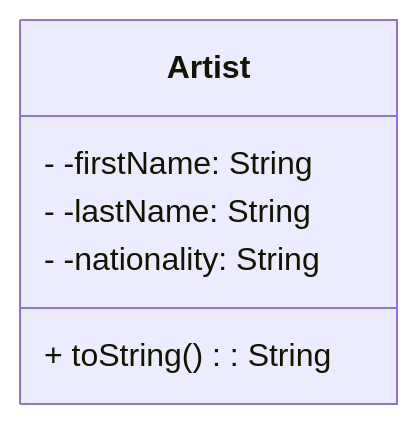
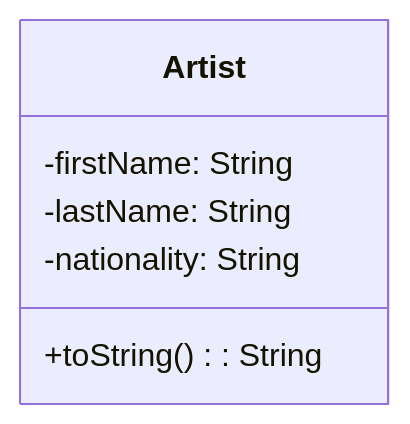
One commit to ludo2ne/ENSAI-2A-Java changed the first of 3 diagrams in doc/tp/tp3.qmd. Above: the diagram before and after it, drawn with Mermaid. The commit also changed other lines of this file and 5 other files, not shown here.

````diff
--- a/doc/tp/tp3.qmd
+++ b/doc/tp/tp3.qmd
@@ -69,10 +72,10 @@
 ```{mermaid}
 classDiagram
 
 class Artist {
-     - -firstName: String
-     - -lastName: String
-     - -nationality: String
-     + toString(): String
+     -firstName: String
+     -lastName: String
+     -nationality: String
+     +toString(): String
 }
 ```
````
